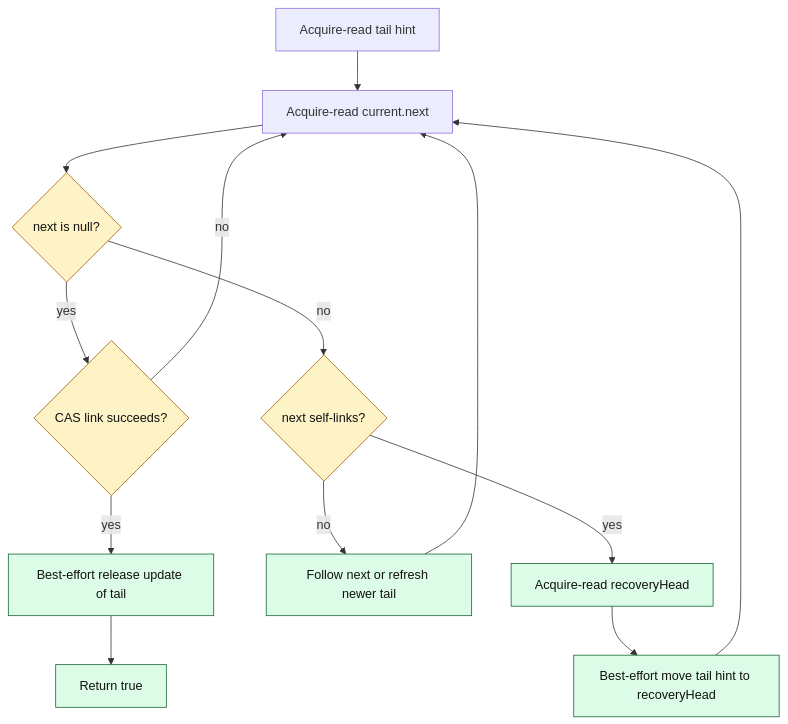
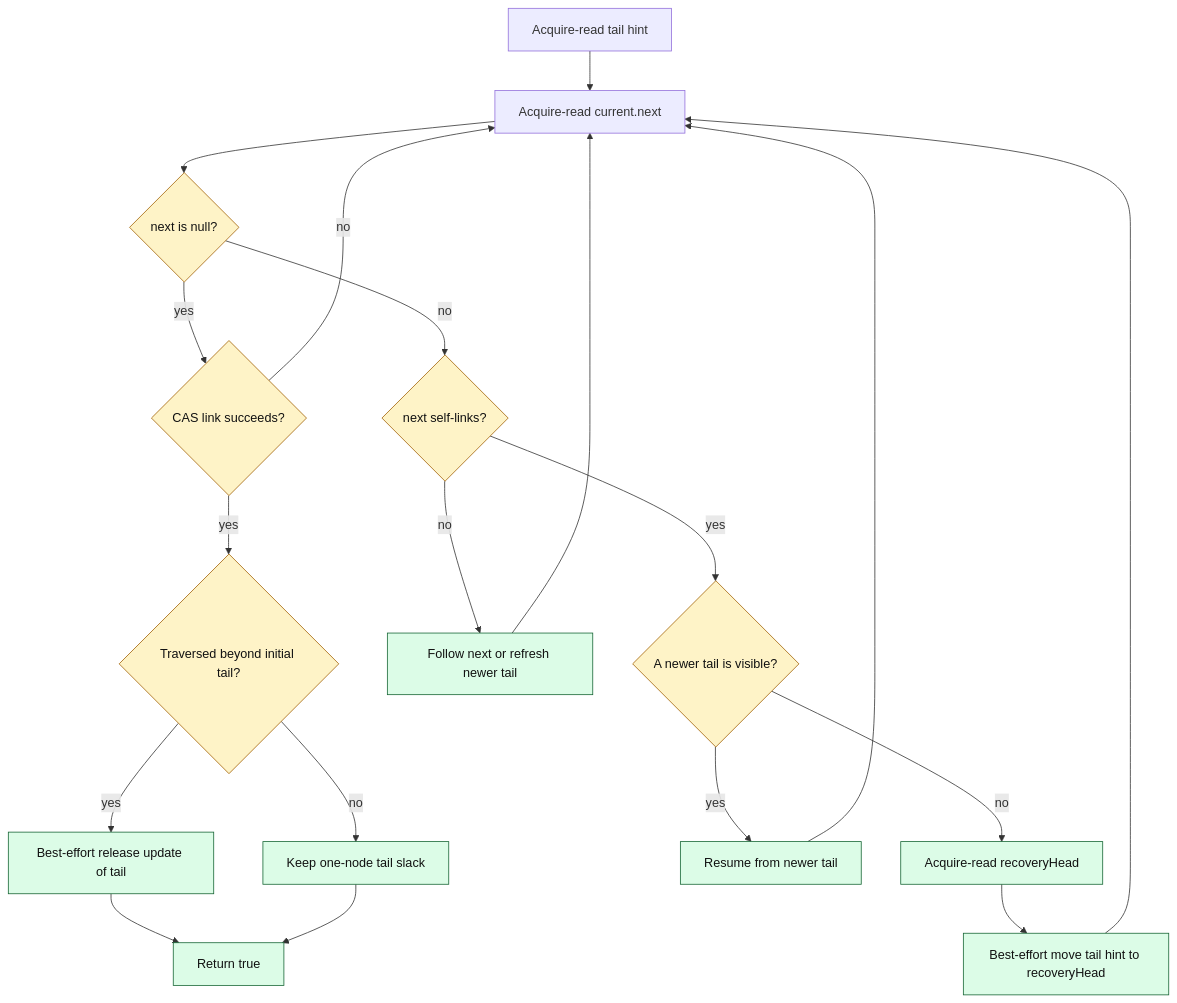
Diagram 12 of 33 in docs/TIMESTAMP_MPSC_QUEUE.md (kmgowda/SBK), drawn with Mermaid before and after one commit. The commit also changed other lines of this file and 21 other files, not shown here.

````diff
--- a/docs/TIMESTAMP_MPSC_QUEUE.md
+++ b/docs/TIMESTAMP_MPSC_QUEUE.md
@@ -289,20 +549,27 @@
 ```mermaid
 flowchart TD
     A["Acquire-read tail hint"] --> B["Acquire-read current.next"]
     B --> C{"next is null?"}
     C -->|yes| D{"CAS link succeeds?"}
-    D -->|yes| E["Best-effort release update of tail"]
-    E --> F["Return true"]
+    D -->|yes| E{"Traversed beyond initial tail?"}
+    E -->|yes| K["Best-effort release update of tail"]
+    E -->|no| F["Keep one-node tail slack"]
+    K --> L
+    F --> L
+    L["Return true"]
     D -->|no| B
     C -->|no| G{"next self-links?"}
     G -->|no| H["Follow next or refresh newer tail"]
     H --> B
-    G -->|yes| I["Acquire-read recoveryHead"]
+    G -->|yes| M{"A newer tail is visible?"}
+    M -->|yes| N["Resume from newer tail"]
+    M -->|no| I["Acquire-read recoveryHead"]
     I --> J["Best-effort move tail hint to recoveryHead"]
+    N --> B
     J --> B
 
     classDef decision fill:#fef3c7,stroke:#a16207,color:#111
     classDef progress fill:#dcfce7,stroke:#166534,color:#111
-    class C,D,G decision
-    class E,F,H,I,J progress
+    class C,D,E,G,M decision
+    class F,H,I,J,K,L,N progress
 ```
````
